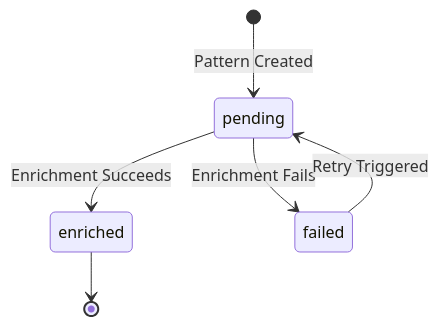
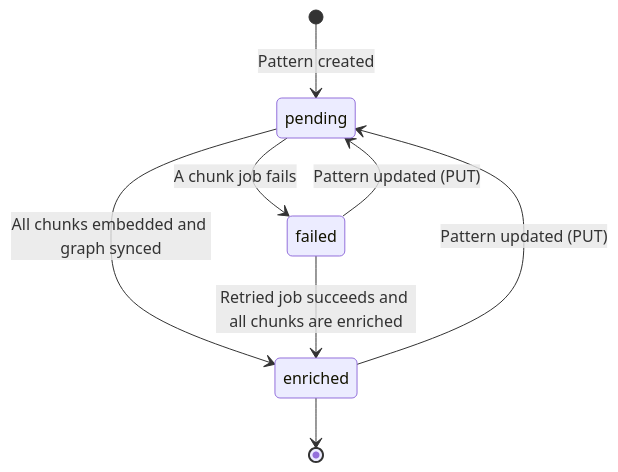
The fourth of 5 diagrams in docs/architecture/system/05-database-integration-flow.md (twistingmercury/mnemonic-docs), drawn with Mermaid before and after one commit. The commit also changed other lines of this file and 41 other files, not shown here.

````diff
--- a/docs/architecture/system/05-database-integration-flow.md
+++ b/docs/architecture/system/05-database-integration-flow.md
@@ -340,8 +420,10 @@
 ```mermaid
 stateDiagram-v2
-    [*] --> pending: Pattern Created
-    pending --> enriched: Enrichment Succeeds
-    pending --> failed: Enrichment Fails
-    failed --> pending: Retry Triggered
+    [*] --> pending: Pattern created
+    pending --> enriched: All chunks embedded and graph synced
+    pending --> failed: A chunk job fails
+    failed --> enriched: Retried job succeeds and all chunks are enriched
+    failed --> pending: Pattern updated (PUT)
+    enriched --> pending: Pattern updated (PUT)
     enriched --> [*]
 ```
````
